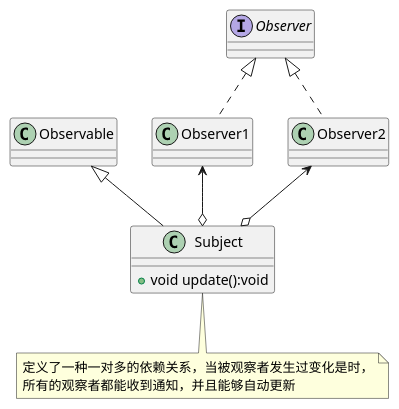
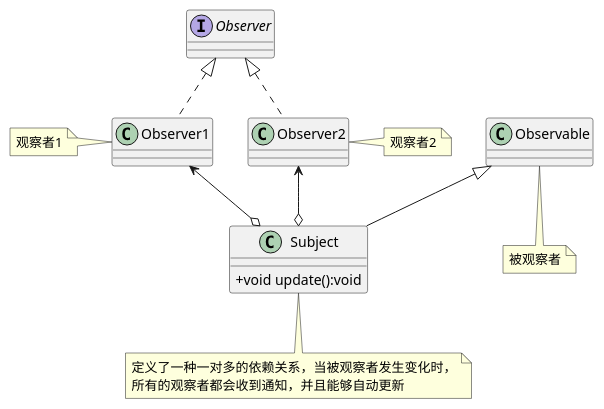
One commit to mxdldev/java-design-pattern changed the diagram in lib_design_pattern/src/main/java/com/mxdl/desigin/pattern/behavior/a04_observer/uml/observer.puml. Above: the diagram before and after it, drawn with PlantUML. The commit also changed 28 other files, not shown here.

```diff
--- a/lib_design_pattern/src/main/java/com/mxdl/desigin/pattern/behavior/a04_observer/uml/observer.puml
+++ b/lib_design_pattern/src/main/java/com/mxdl/desigin/pattern/behavior/a04_observer/uml/observer.puml
@@ -1,11 +1,20 @@
 @startuml
+skinparam classAttributeIconSize 0
+
 class Subject extends Observable {
     +void update():void
 }
+note bottom:被观察者
 class Subject
-note bottom:定义了一种一对多的依赖关系，当被观察者发生过变化是时，\n所有的观察者都能收到通知，并且能够自动更新
+note bottom:定义了一种一对多的依赖关系，当被观察者发生变化时，\n所有的观察者都会收到通知，并且能够自动更新
+class Observer1
+note left:观察者1
 class Observer1 implements Observer
+
+class Observer2
+note right:观察者2
 class Observer2 implements Observer
+
 Observer1 <--o Subject
 Observer2 <--o Subject
 @enduml
```
